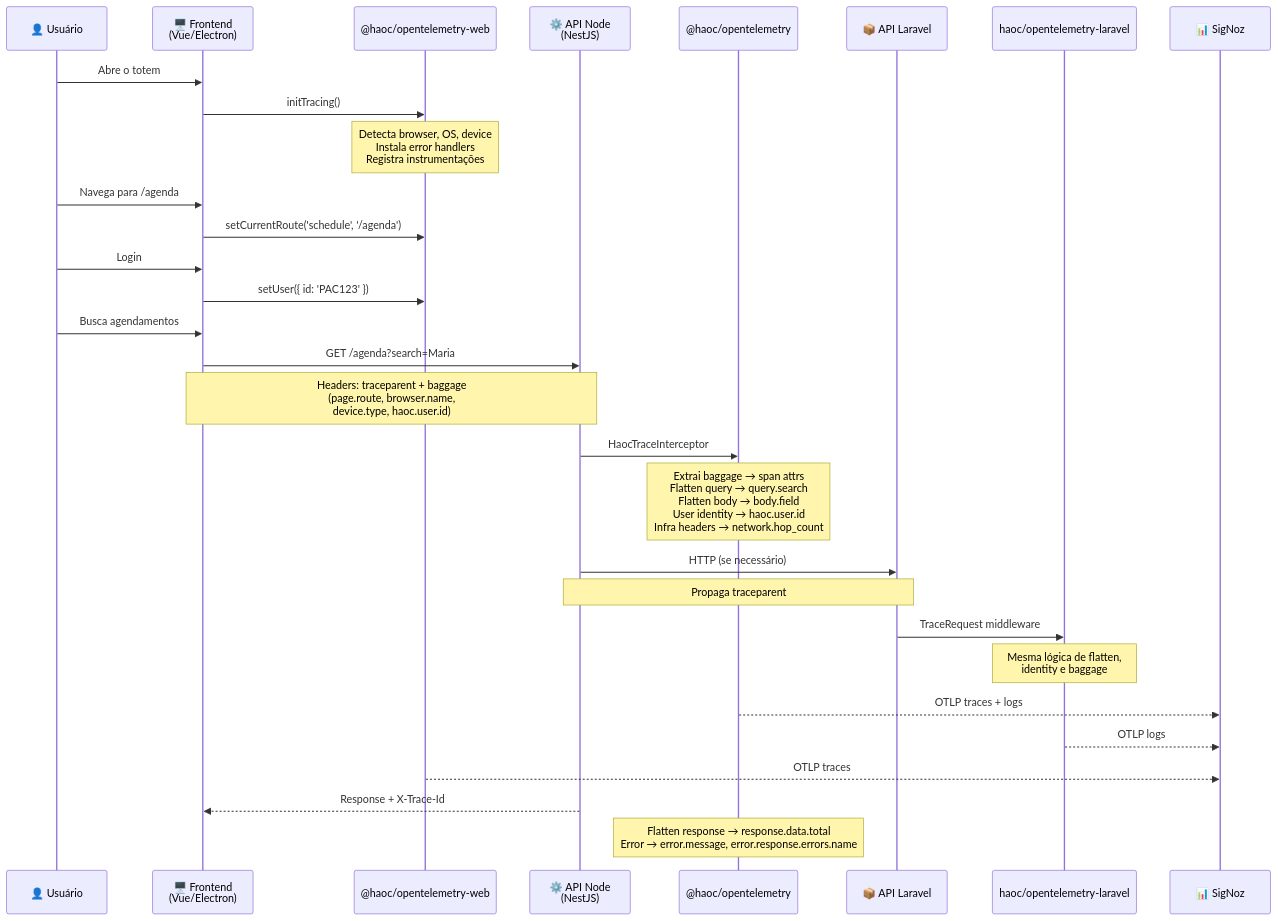
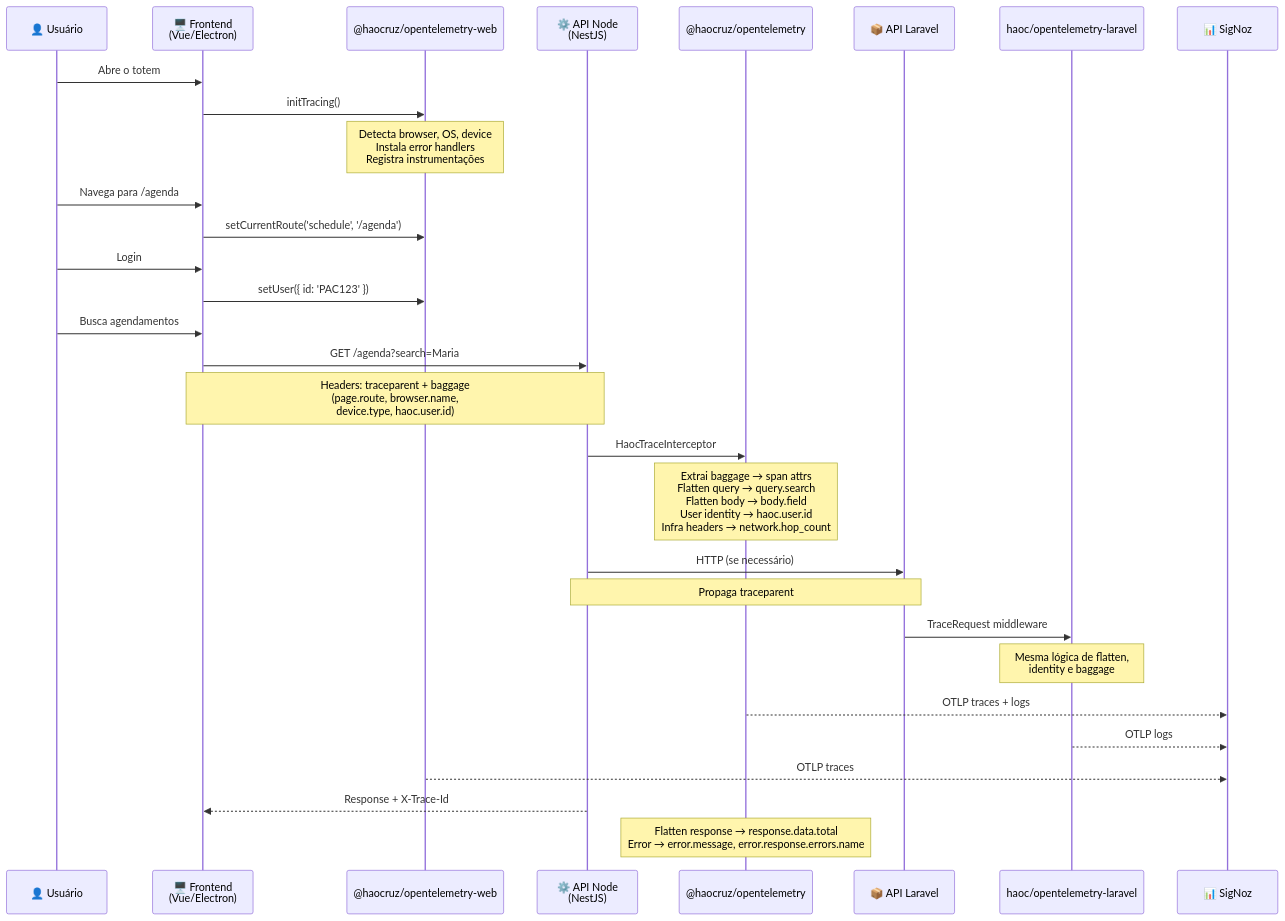
The second of 4 diagrams in ARCHITECTURE.md (japostulo/opentelemetry), drawn with Mermaid before and after one commit. The commit also changed other lines of this file and 12 other files, not shown here.

Commit message:
chore: rename scope @haoc -> @haocruz, update docs and configs

````diff
--- a/ARCHITECTURE.md
+++ b/ARCHITECTURE.md
@@ -53,41 +53,41 @@
 ```mermaid
 sequenceDiagram
     participant U as 👤 Usuário
     participant F as 🖥️ Frontend<br/>(Vue/Electron)
-    participant W as @haoc/opentelemetry-web
+    participant W as @haocruz/opentelemetry-web
     participant N as ⚙️ API Node<br/>(NestJS)
-    participant H as @haoc/opentelemetry
+    participant H as @haocruz/opentelemetry
     participant L as 📦 API Laravel
     participant P as haoc/opentelemetry-laravel
     participant S as 📊 SigNoz
 
     U->>F: Abre o totem
     F->>W: initTracing()
     Note over W: Detecta browser, OS, device<br/>Instala error handlers<br/>Registra instrumentações
 
     U->>F: Navega para /agenda
     F->>W: setCurrentRoute('schedule', '/agenda')
     
     U->>F: Login
     F->>W: setUser({ id: 'PAC123' })
 
     U->>F: Busca agendamentos
     F->>N: GET /agenda?search=Maria
     Note over F,N: Headers: traceparent + baggage<br/>(page.route, browser.name,<br/>device.type, haoc.user.id)
     
     N->>H: HaocTraceInterceptor
     Note over H: Extrai baggage → span attrs<br/>Flatten query → query.search<br/>Flatten body → body.field<br/>User identity → haoc.user.id<br/>Infra headers → network.hop_count
 
     N->>L: HTTP (se necessário)
     Note over N,L: Propaga traceparent
 
     L->>P: TraceRequest middleware
     Note over P: Mesma lógica de flatten,<br/>identity e baggage
 
     H-->>S: OTLP traces + logs
     P-->>S: OTLP logs
     W-->>S: OTLP traces
 
     N-->>F: Response + X-Trace-Id
     Note over H: Flatten response → response.data.total<br/>Error → error.message, error.response.errors.name
 ```
````
